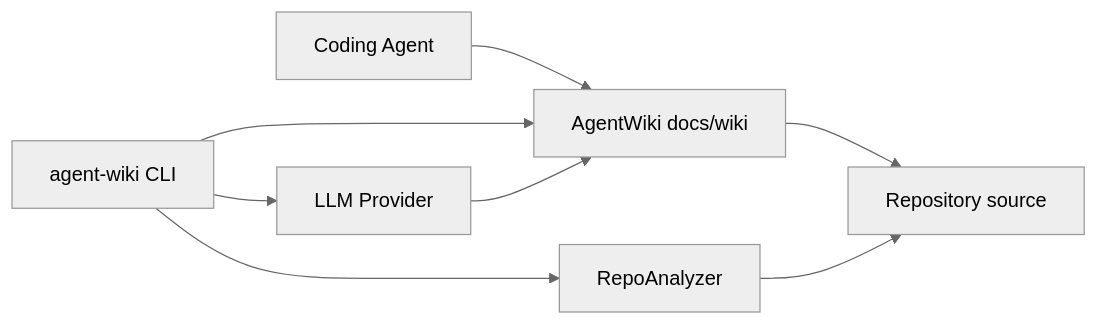
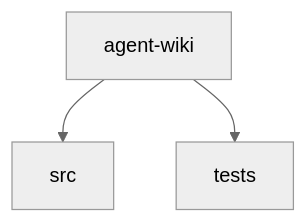
One commit to MarshallMoorman/AgentWiki changed the diagram in docs/wiki/architecture.md. Above: the diagram before and after it, drawn with Mermaid (neutral theme). The commit also changed other lines of this file and 29 other files, not shown here.

First line of the commit message:
feat: Phase 3 Semantic Kernel architecture generation

````diff
--- a/docs/wiki/architecture.md
+++ b/docs/wiki/architecture.md
@@ -7,10 +15,6 @@
 ```mermaid
-flowchart LR
-    Agent[Coding Agent] --> Wiki[AgentWiki docs/wiki]
-    Wiki --> Code[Repository source]
-    CLI[agent-wiki CLI] --> Analyzer[RepoAnalyzer]
-    Analyzer --> Code
-    CLI --> Wiki
-    CLI --> LLM[LLM Provider]
-    LLM --> Wiki
+flowchart TB
+    Root[agent-wiki]
+    Root --> N0[src]
+    Root --> N1[tests]
 ```
````
